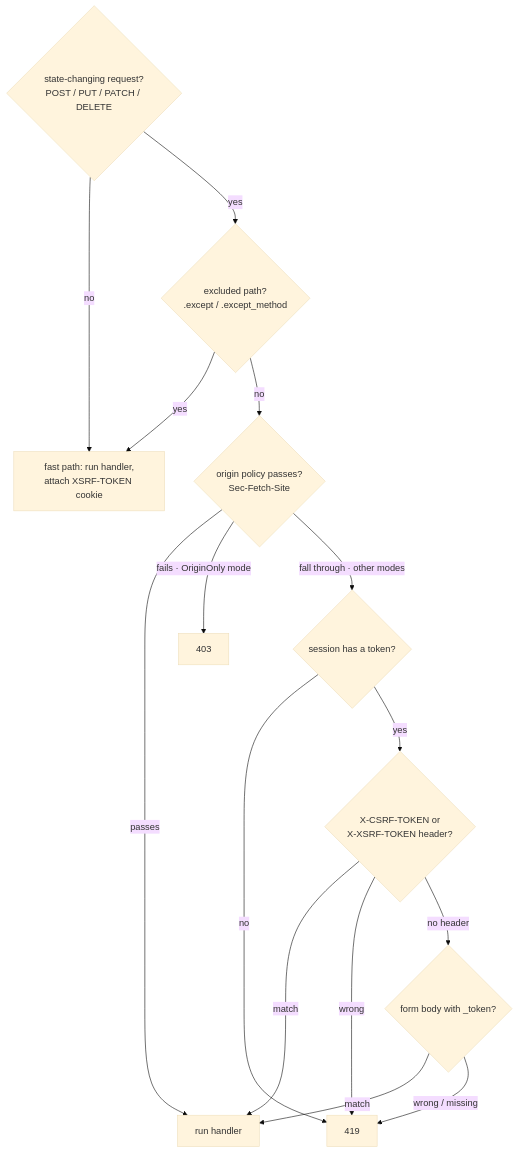
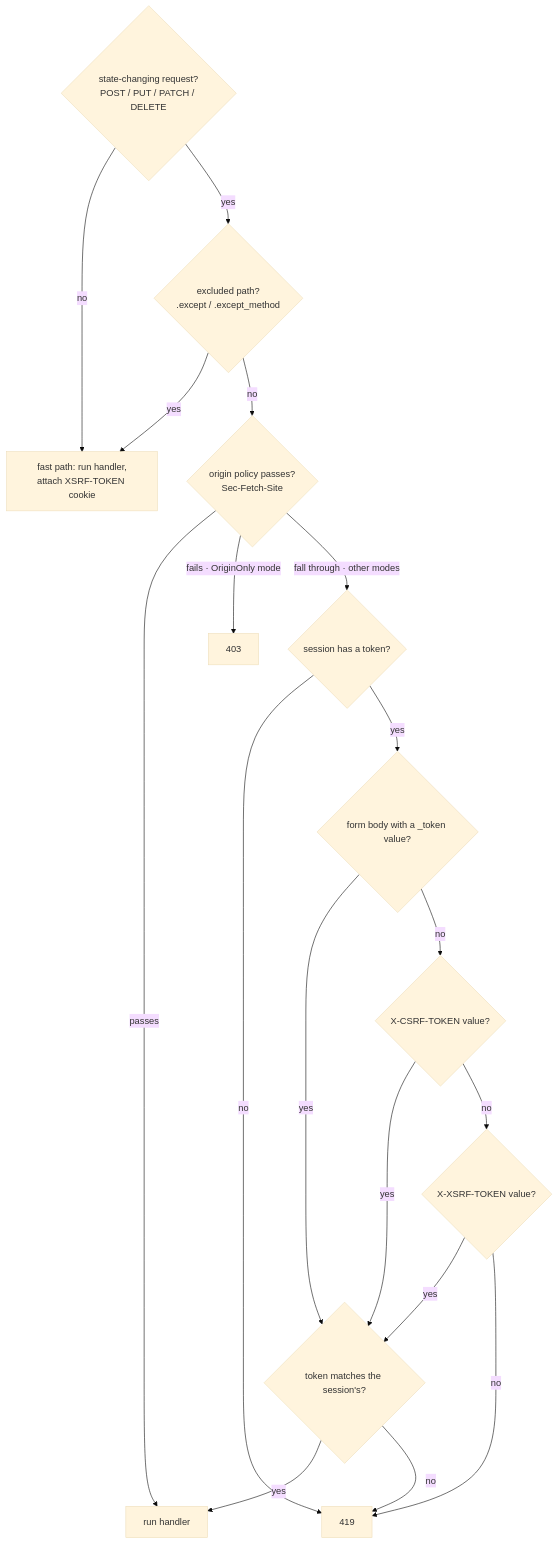
Before and after one commit to eas4ai/suprnova: the diagram in manual/csrf.md, drawn with Mermaid (base theme). The commit also changed other lines of this file and 1 other file, not shown here.

First line of the commit message:
fix(csrf): the token is read in Laravel's order, the form's _token first

````diff
--- a/manual/csrf.md
+++ b/manual/csrf.md
@@ -36,28 +36,33 @@
 ```mermaid
 flowchart TD
     state{"state-changing request?<br/>POST / PUT / PATCH / DELETE"}
     excluded{"excluded path?<br/>.except / .except_method"}
     origin{"origin policy passes?<br/>Sec-Fetch-Site"}
     session{"session has a token?"}
-    header{"X-CSRF-TOKEN or<br/>X-XSRF-TOKEN header?"}
-    form{"form body with _token?"}
+    form{"form body with a _token value?"}
+    header{"X-CSRF-TOKEN value?"}
+    xsrf{"X-XSRF-TOKEN value?"}
+    check{"token matches the session's?"}
     fast["fast path: run handler,<br/>attach XSRF-TOKEN cookie"]
     run["run handler"]
     deny403["403"]
     deny419["419"]
 
     state -- "no" --> fast
     state -- "yes" --> excluded
     excluded -- "yes" --> fast
     excluded -- "no" --> origin
     origin -- "passes" --> run
     origin -- "fails · OriginOnly mode" --> deny403
     origin -- "fall through · other modes" --> session
     session -- "no" --> deny419
-    session -- "yes" --> header
-    header -- "match" --> run
-    header -- "wrong" --> deny419
-    header -- "no header" --> form
-    form -- "match" --> run
-    form -- "wrong / missing" --> deny419
+    session -- "yes" --> form
+    form -- "yes" --> check
+    form -- "no" --> header
+    header -- "yes" --> check
+    header -- "no" --> xsrf
+    xsrf -- "yes" --> check
+    xsrf -- "no" --> deny419
+    check -- "yes" --> run
+    check -- "no" --> deny419
 ```
````
